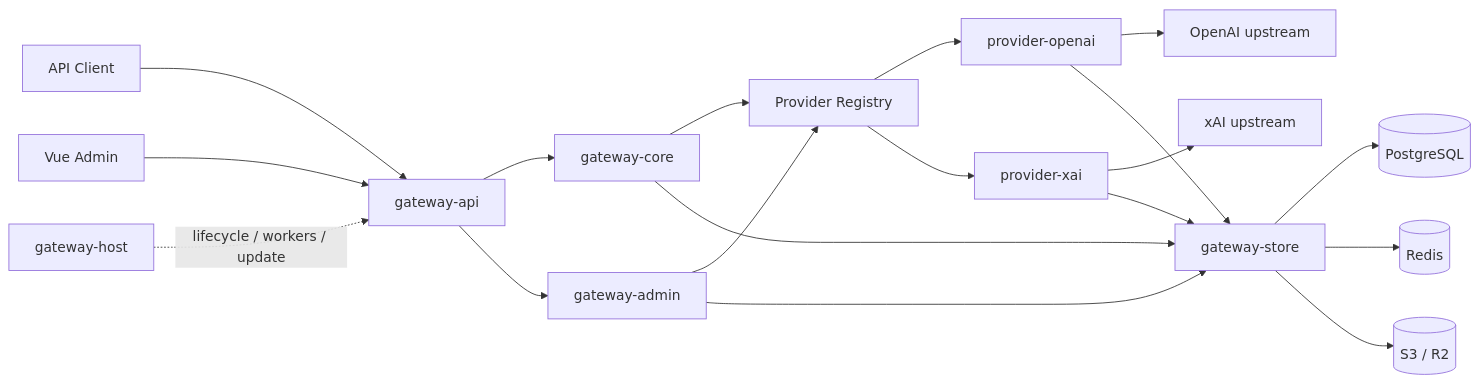
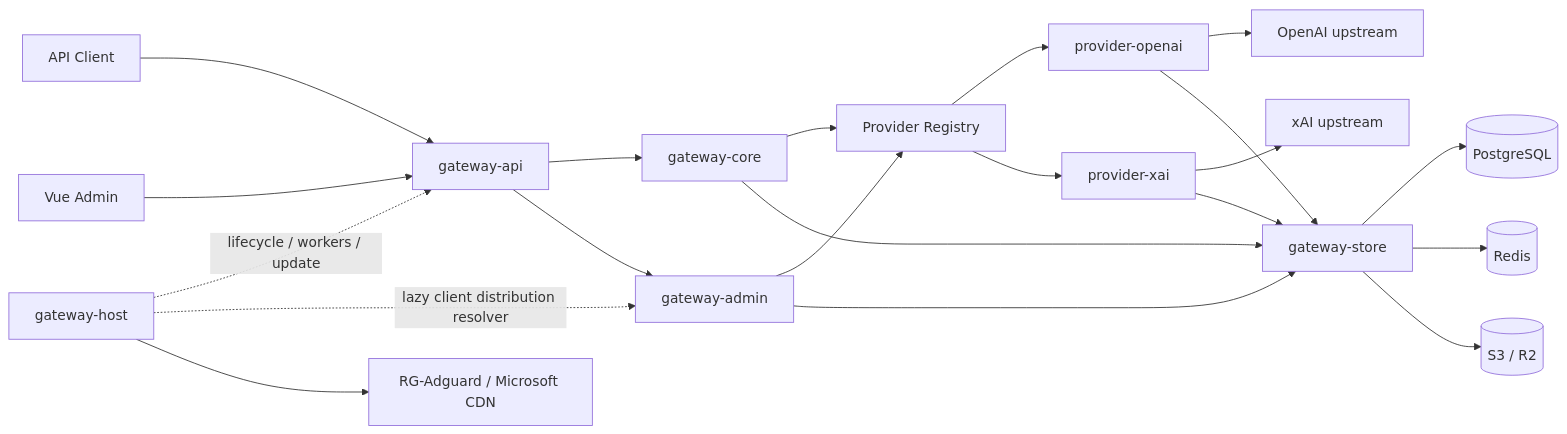
The first of 2 diagrams in docs/architecture.md (zyycn/codex-proxy-rs), drawn with Mermaid before and after one commit. The commit also changed other lines of this file and 64 other files, not shown here.

````diff
--- a/docs/architecture.md
+++ b/docs/architecture.md
@@ -22,25 +22,27 @@
 ```mermaid
 flowchart LR
   Client[API Client] --> API[gateway-api]
   Browser[Vue Admin] --> API
 
   API --> Core[gateway-core]
   API --> Admin[gateway-admin]
 
   Core --> Registry[Provider Registry]
   Admin --> Registry
   Registry --> OpenAI[provider-openai]
   Registry --> XAI[provider-xai]
   OpenAI --> OpenAIUpstream[OpenAI upstream]
   XAI --> XAIUpstream[xAI upstream]
 
   Core --> Store[gateway-store]
   Admin --> Store
   OpenAI --> Store
   XAI --> Store
   Store --> PG[(PostgreSQL)]
   Store --> Redis[(Redis)]
   Store --> Object[(S3 / R2)]
 
   Host[gateway-host] -. lifecycle / workers / update .-> API
+  Host -. lazy client distribution resolver .-> Admin
+  Host --> StoreLinks[RG-Adguard / Microsoft CDN]
 ```
````
